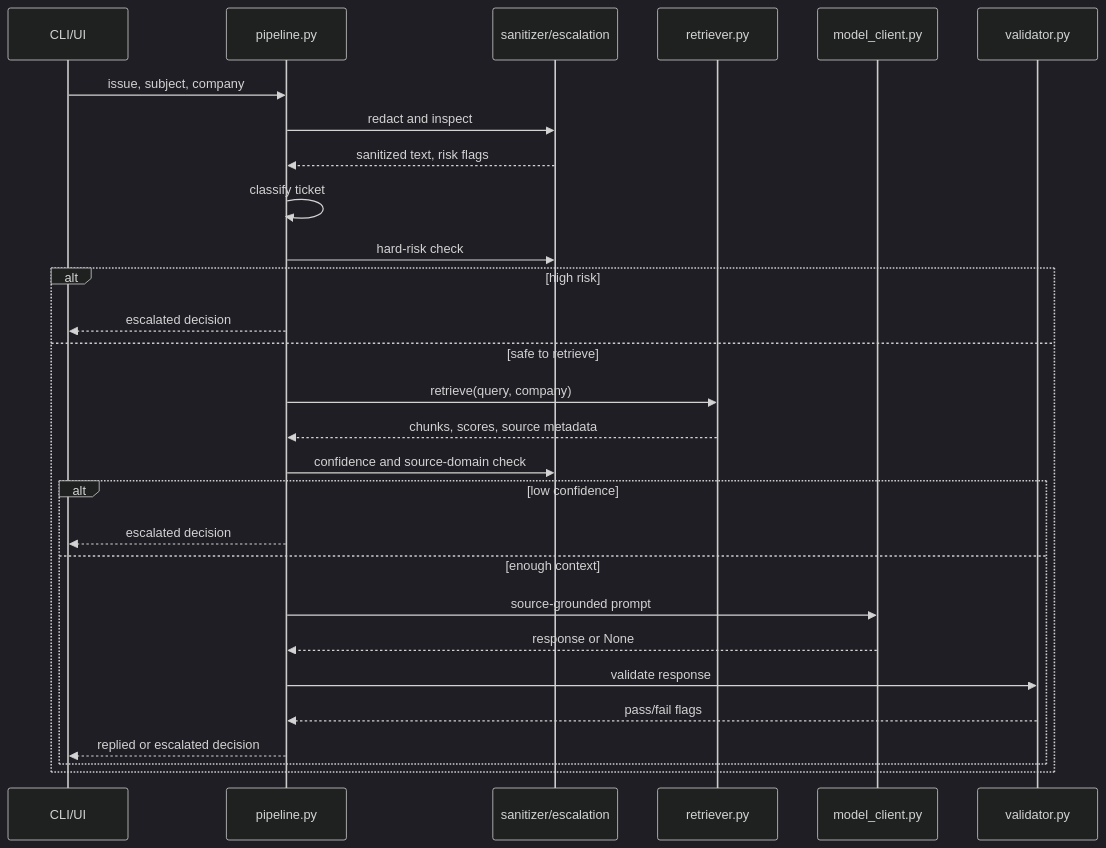
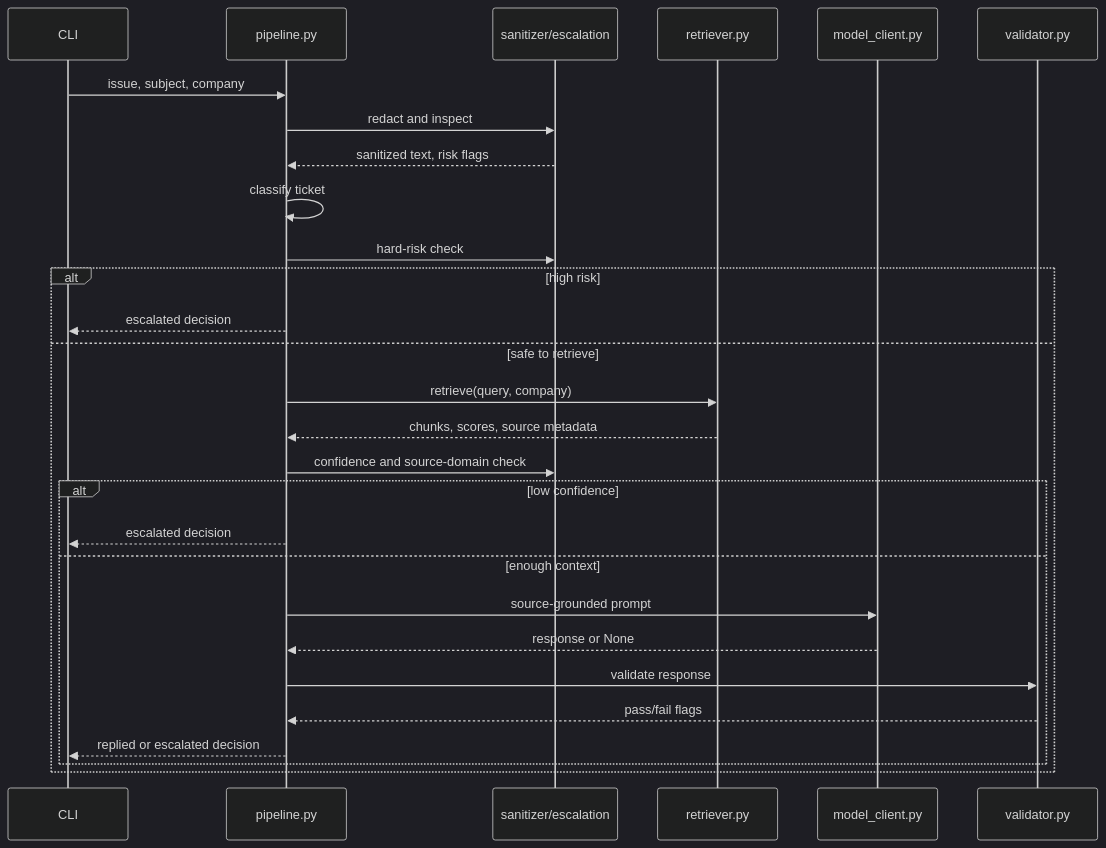
Before and after one commit to Sathvikar01/support-triage-agent: the second of 2 diagrams in README.md, drawn with Mermaid (dark theme). The commit also changed other lines of this file and 2 other files, not shown here.

````diff
--- a/README.md
+++ b/README.md
@@ -99,31 +93,31 @@
 ```mermaid
 sequenceDiagram
-    participant Runner as CLI/UI
+    participant Runner as CLI
     participant Pipe as pipeline.py
     participant Guard as sanitizer/escalation
     participant RAG as retriever.py
     participant Model as model_client.py
     participant Check as validator.py
 
     Runner->>Pipe: issue, subject, company
     Pipe->>Guard: redact and inspect
     Guard-->>Pipe: sanitized text, risk flags
     Pipe->>Pipe: classify ticket
     Pipe->>Guard: hard-risk check
     alt high risk
         Pipe-->>Runner: escalated decision
     else safe to retrieve
         Pipe->>RAG: retrieve(query, company)
         RAG-->>Pipe: chunks, scores, source metadata
         Pipe->>Guard: confidence and source-domain check
         alt low confidence
             Pipe-->>Runner: escalated decision
         else enough context
             Pipe->>Model: source-grounded prompt
             Model-->>Pipe: response or None
             Pipe->>Check: validate response
             Check-->>Pipe: pass/fail flags
             Pipe-->>Runner: replied or escalated decision
         end
     end
 ```
````
